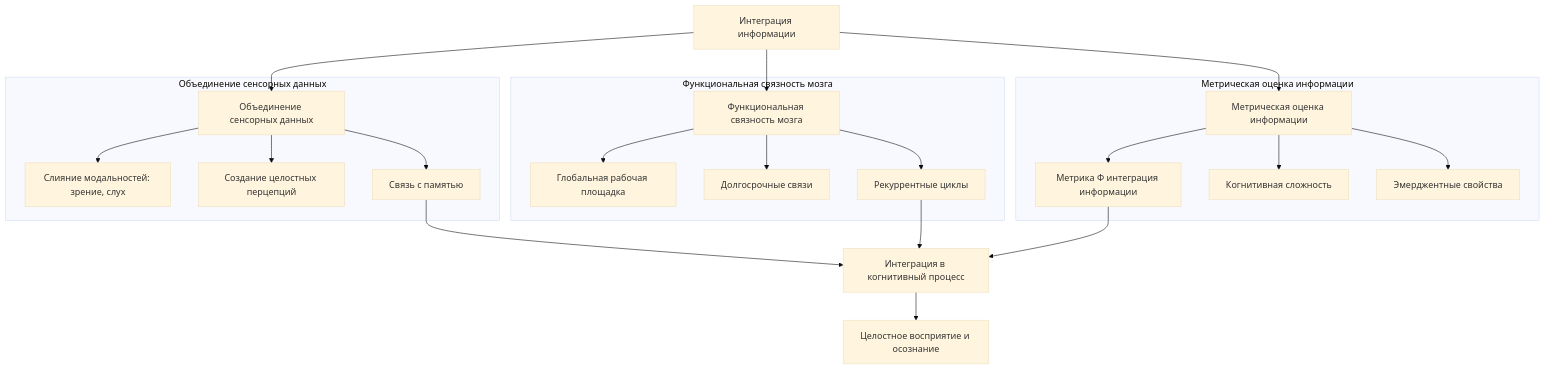
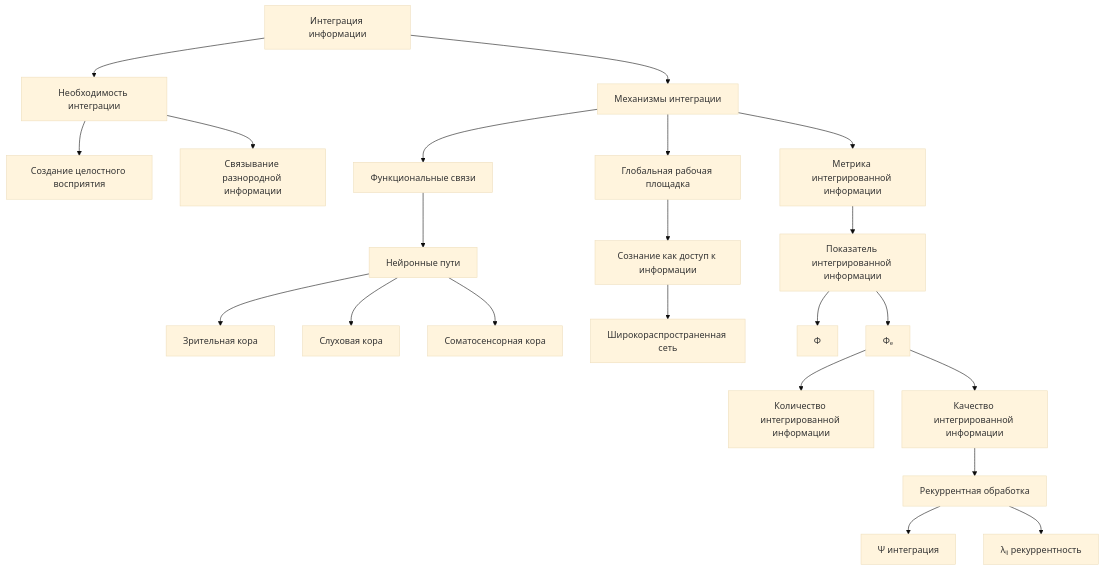
The fifth of 10 diagrams in README.md (commeta/consciousness), drawn with Mermaid (base theme) before and after one commit. The commit also changed other lines of this file, not shown here.

````diff
--- a/README.md
+++ b/README.md
@@ -763,43 +763,30 @@
 ```mermaid
 graph TD
-    A[Интеграция информации]
-    A --> B[Объединение сенсорных данных]
-    A --> C[Функциональная связность мозга]
-    A --> D[Метрическая оценка информации]
-
-    %% Объединение сенсорных данных
-    subgraph SensoryIntegration [Объединение сенсорных данных]
-        B1[Слияние модальностей: зрение, слух]
-        B2[Создание целостных перцепций]
-        B3[Связь с памятью]
-        B --> B1
-        B --> B2
-        B --> B3
-    end
-
-    %% Функциональная связность мозга
-    subgraph BrainConnectivity [Функциональная связность мозга]
-        C1[Глобальная рабочая площадка]
-        C2[Долгосрочные связи]
-        C3[Рекуррентные циклы]
-        C --> C1
-        C --> C2
-        C --> C3
-    end
-
-    %% Метрическая оценка информации
-    subgraph Metrics [Метрическая оценка информации]
-        D1[Метрика Φ интеграция информации]
-        D2[Когнитивная сложность]
-        D3[Эмерджентные свойства]
-        D --> D1
-        D --> D2
-        D --> D3
-    end
-
-    %% Связь компонентов
-    B3 --> E[Интеграция в когнитивный процесс]
-    C3 --> E
-    D1 --> E
-    E --> F[Целостное восприятие и осознание]
+    A[Интеграция информации] --> B[Необходимость интеграции]
+    B --> C[Создание целостного восприятия]
+    B --> D[Связывание разнородной информации]
+    
+    A --> E[Механизмы интеграции]
+    E --> F[Функциональные связи]
+    E --> G[Глобальная рабочая площадка]
+    E --> H[Метрика интегрированной информации]
+    
+    F --> I[Нейронные пути]
+    I --> J[Зрительная кора]
+    I --> K[Слуховая кора]
+    I --> L[Соматосенсорная кора]
+    
+    G --> M[Сознание как доступ к информации]
+    M --> N[Широкораспространенная сеть]
+    
+    H --> O[Показатель интегрированной информации]
+    O --> P[Φ]
+    O --> Q[Φₑ]
+    
+    Q --> R[Количество интегрированной информации]
+    Q --> S[Качество интегрированной информации]
+    
+    S --> T[Рекуррентная обработка]
+    T --> U[Ψ интеграция]
+    T --> V[λᵢⱼ рекуррентность]
 ```
````
